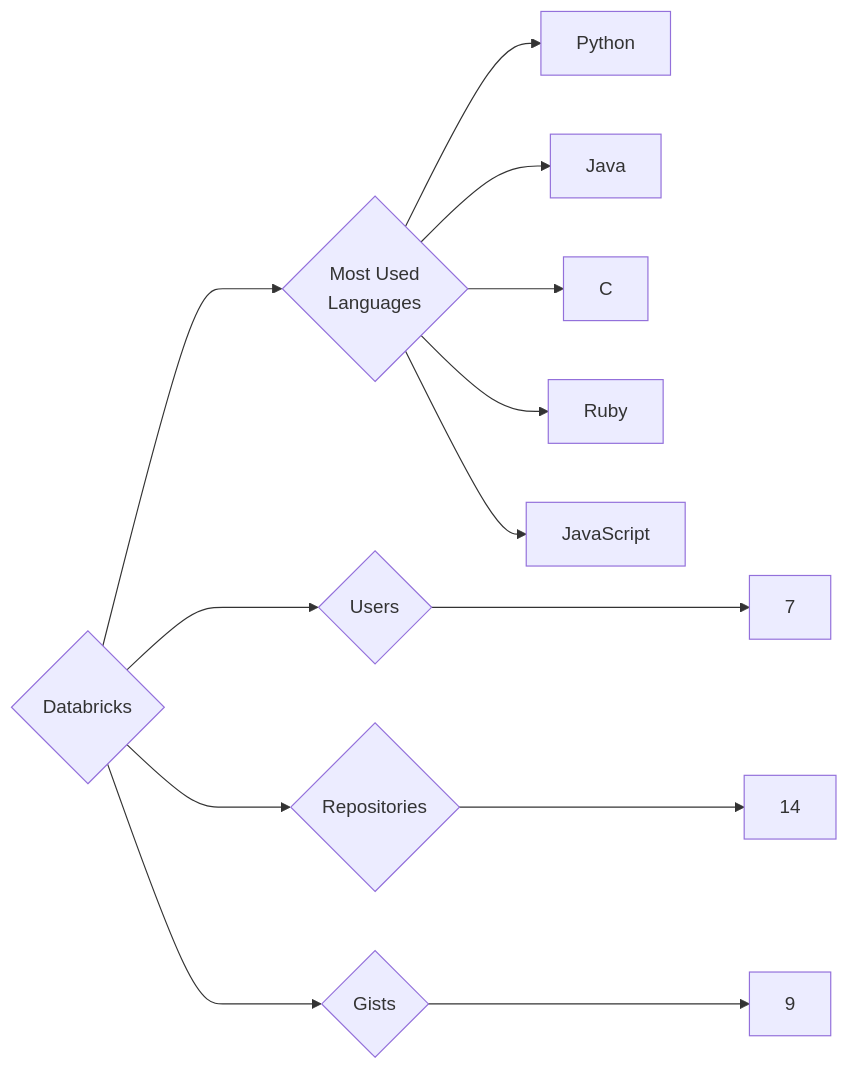
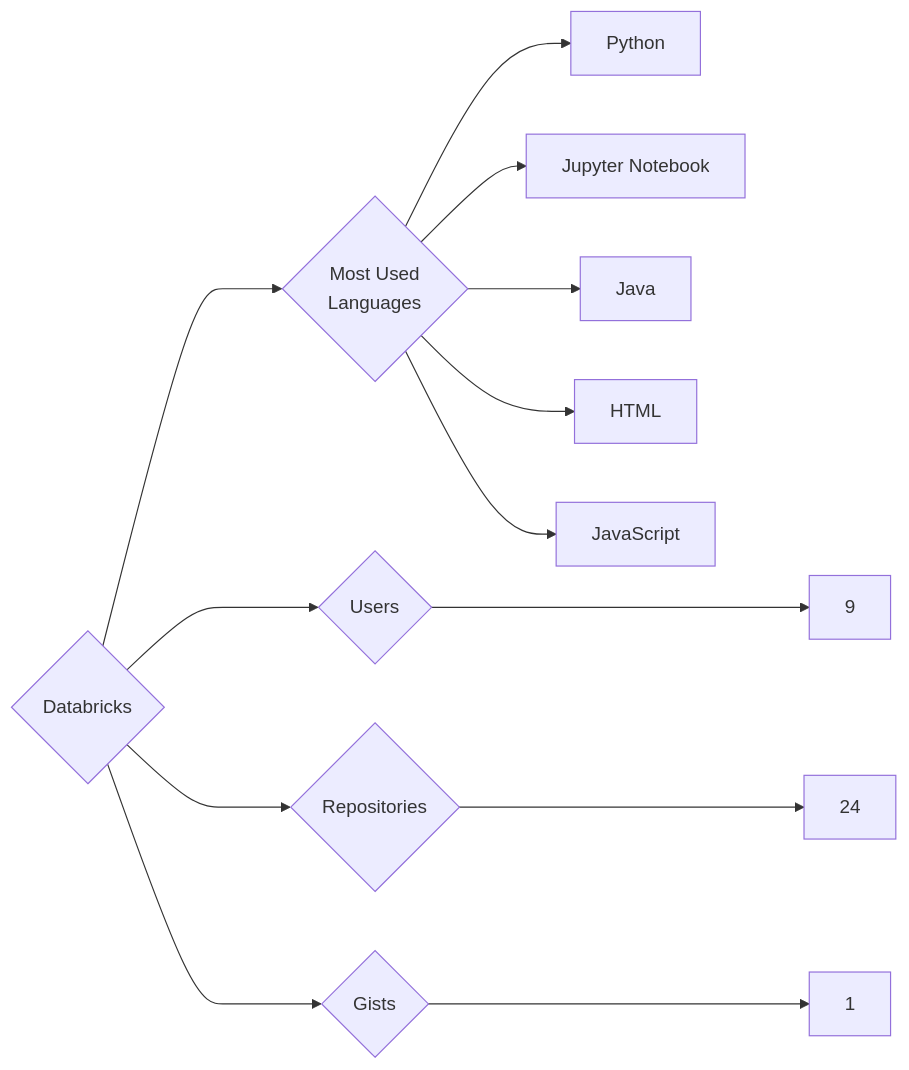
The diagram in targets/Databricks/README.md (trickest/insiders), drawn with Mermaid before and after one commit. The commit also changed 1141 other files, not shown here.

````diff
--- a/targets/Databricks/README.md
+++ b/targets/Databricks/README.md
@@ -3,13 +3,13 @@
 ```mermaid
 graph LR
 COMPANY_NAME{Databricks}
-COMPANY_NAME ---> U{Users} ---> UN[7]
-COMPANY_NAME ---> R{Repositories} ---> RN[14]
-COMPANY_NAME ---> G{Gists} ---> GN[9]
+COMPANY_NAME ---> U{Users} ---> UN[9]
+COMPANY_NAME ---> R{Repositories} ---> RN[24]
+COMPANY_NAME ---> G{Gists} ---> GN[1]
 COMPANY_NAME ---> ML{Most Used<br>Languages}
 ML --> Python[Python]
+ML --> Jupyter_Notebook[Jupyter Notebook]
 ML --> Java[Java]
-ML --> C[C]
-ML --> Ruby[Ruby]
+ML --> HTML[HTML]
 ML --> JavaScript[JavaScript]
 ```
````
